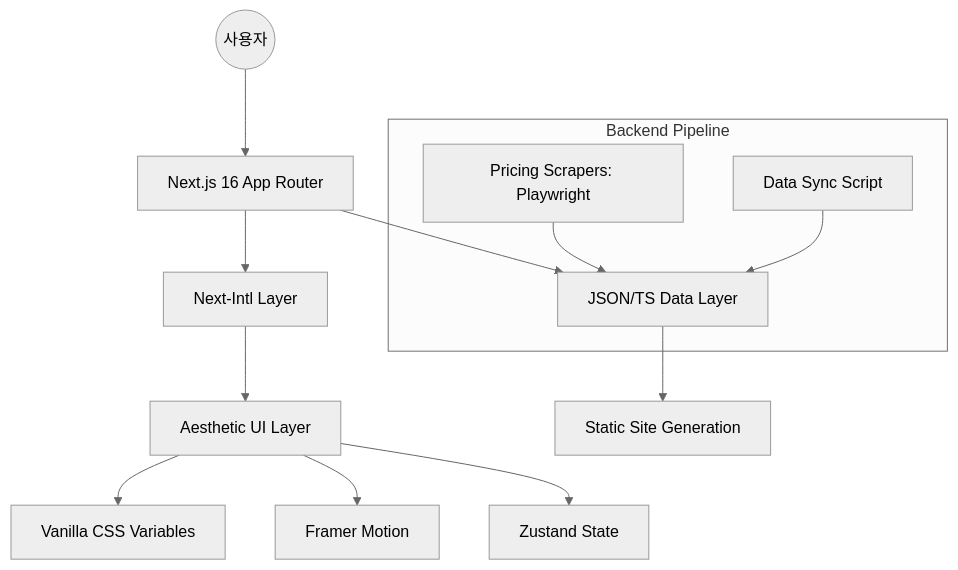
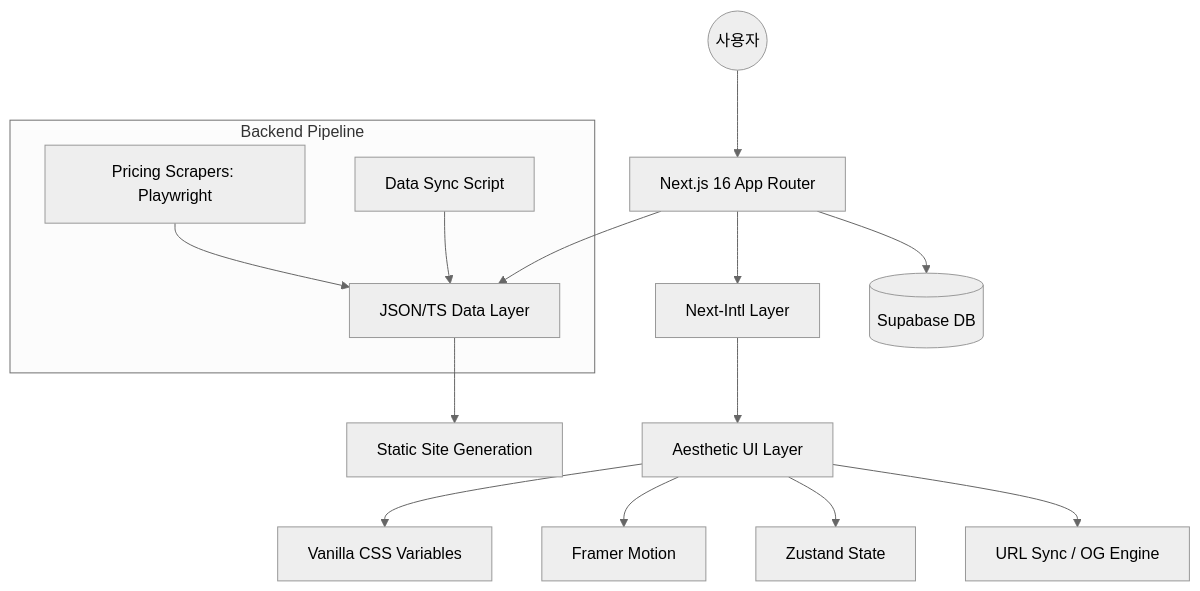
One commit to ff8scall/stack changed the diagram in .gravityBrain/SYSTEM_MAP.md. Above: the diagram before and after it, drawn with Mermaid (neutral theme). The commit also changed other lines of this file and 40 other files, not shown here.

````diff
--- a/.gravityBrain/SYSTEM_MAP.md
+++ b/.gravityBrain/SYSTEM_MAP.md
@@ -4,17 +4,19 @@
 ```mermaid
 graph TD
     User((사용자)) --> NextJS[Next.js 16 App Router]
     NextJS --> I18N[Next-Intl Layer]
     I18N --> UI[Aesthetic UI Layer]
     NextJS --> Data[JSON/TS Data Layer]
+    NextJS --> DB[(Supabase DB)]
     
     subgraph "Backend Pipeline"
         Scraper[Pricing Scrapers: Playwright] --> Data
         Sync[Data Sync Script] --> Data
     end
 
     UI --> CSS[Vanilla CSS Variables]
     UI --> Motion[Framer Motion]
     UI --> Store[Zustand State]
     Data --> SSG[Static Site Generation]
+    UI --> Share[URL Sync / OG Engine]
 ```
````
